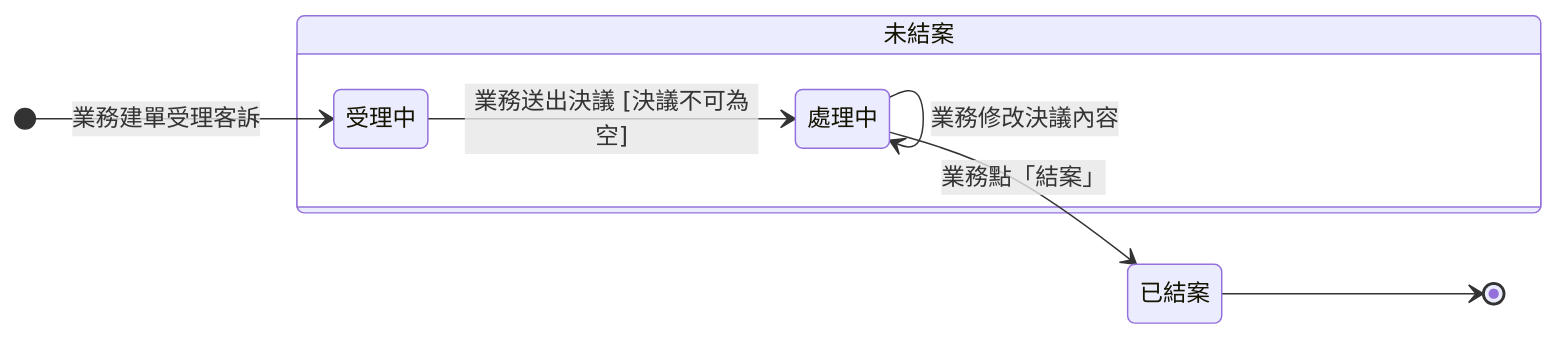
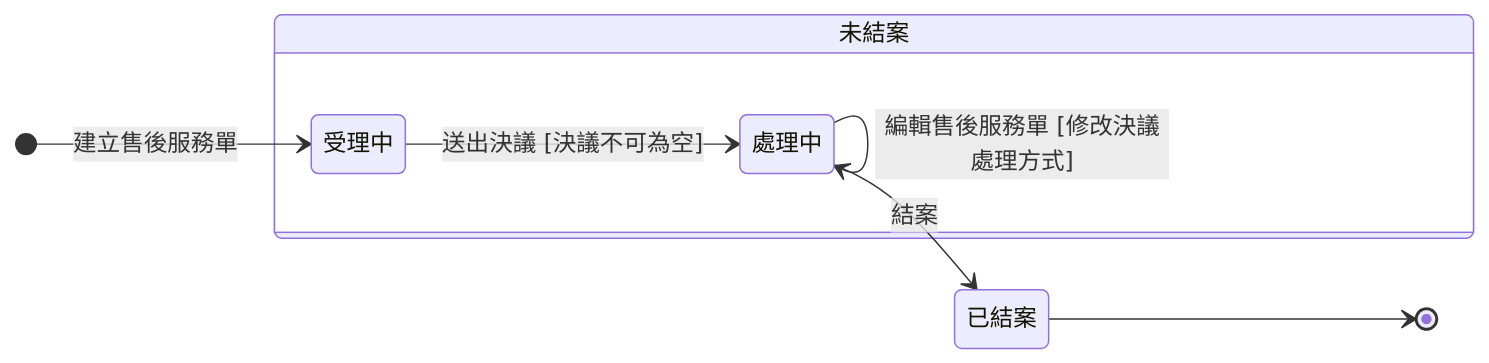
The diagram in memory/Sens_wiki/wiki/erp/06-state-machines/售後服務狀態.md (Kawato-Miles/erp-spec), drawn with Mermaid before and after one commit. The commit also changed other lines of this file and 26 other files, not shown here.

````diff
--- a/memory/Sens_wiki/wiki/erp/06-state-machines/售後服務狀態.md
+++ b/memory/Sens_wiki/wiki/erp/06-state-machines/售後服務狀態.md
@@ -34,21 +37,21 @@
 ```mermaid
 stateDiagram-v2
     direction LR
 
-    [*] --> s_open : 業務建單受理客訴
+    [*] --> s_open : 建立售後服務單
 
     state "未結案" as g_open {
         direction LR
         state "受理中" as s_open
         state "處理中" as s_processing
 
-        s_open --> s_processing : 業務送出決議 [決議不可為空]
-        s_processing --> s_processing : 業務修改決議內容
+        s_open --> s_processing : 送出決議 [決議不可為空]
+        s_processing --> s_processing : 編輯售後服務單 [修改決議處理方式]
     }
 
     state "已結案" as s_closed
 
-    s_processing --> s_closed : 業務點「結案」
+    s_processing --> s_closed : 結案
 
     s_closed --> [*]
 ```
````
